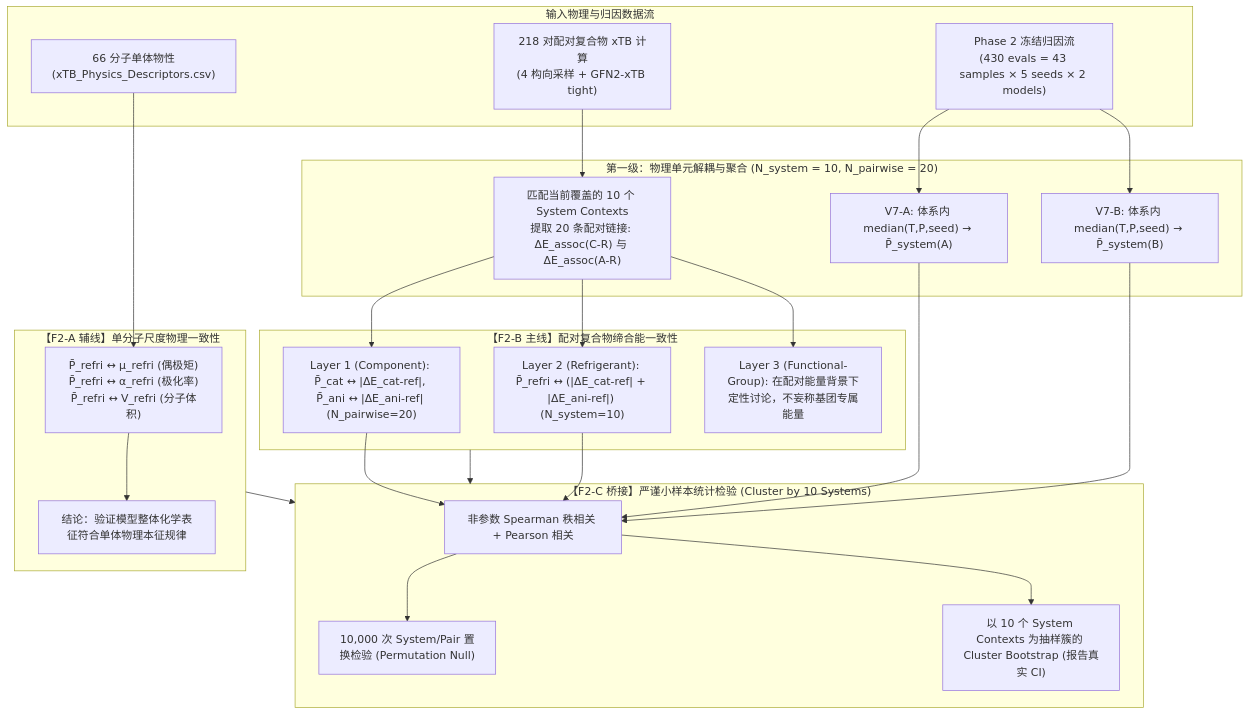
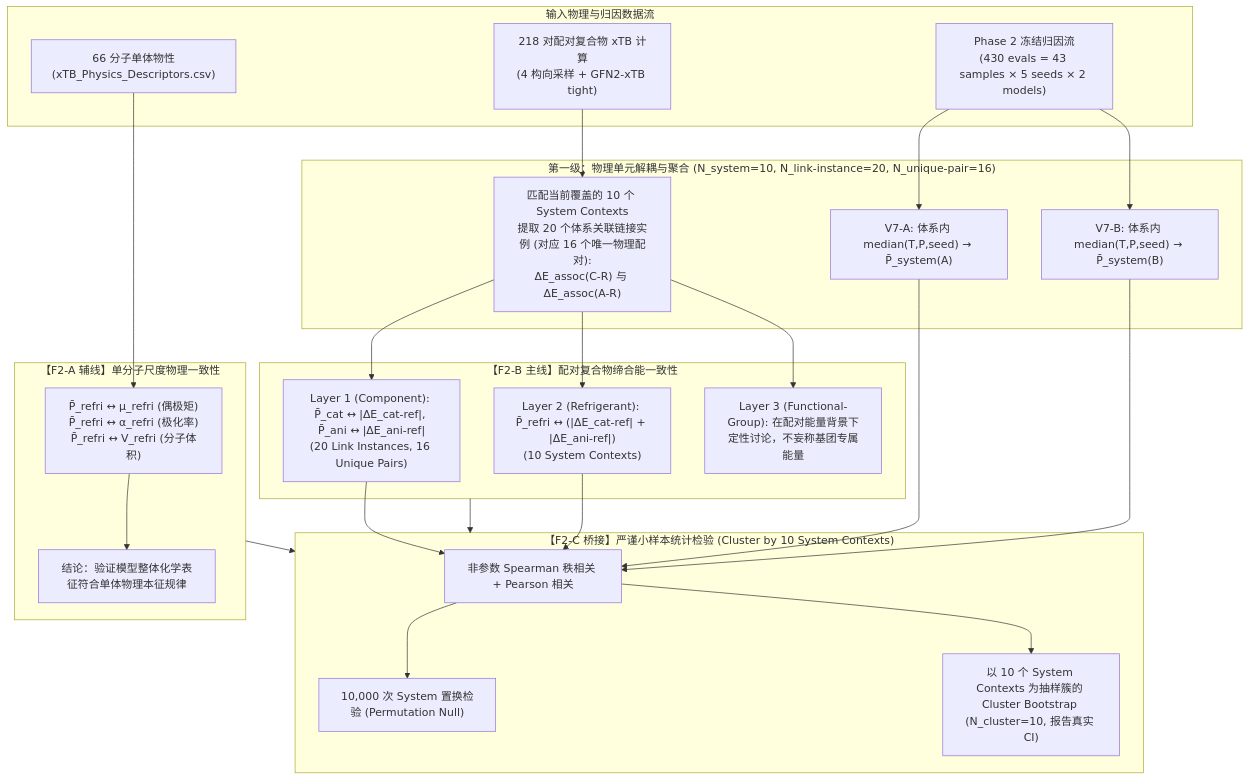
The diagram in F2_Physical_Alignment_Design_Protocol.md (badaozhiwei-cmyk/GNN), drawn with Mermaid before and after one commit. The commit also changed other lines of this file and 2 other files, not shown here.

Commit message:
docs(f2): formalize 10 systems, 20 link instances, 16 unique pair identities, and clean legacy comments

````diff
--- a/F2_Physical_Alignment_Design_Protocol.md
+++ b/F2_Physical_Alignment_Design_Protocol.md
@@ -112,34 +152,34 @@
 ```mermaid
 flowchart TD
     subgraph InputData ["输入物理与归因数据流"]
         A1["66 分子单体物性<br>(xTB_Physics_Descriptors.csv)"]
         B1["218 对配对复合物 xTB 计算<br>(4 构向采样 + GFN2-xTB tight)"]
         C1["Phase 2 冻结归因流<br>(430 evals = 43 samples × 5 seeds × 2 models)"]
     end
 
-    subgraph Aggregation ["第一级：物理单元解耦与聚合 (N_system = 10, N_pairwise = 20)"]
+    subgraph Aggregation ["第一级：物理单元解耦与聚合 (N_system=10, N_link-instance=20, N_unique-pair=16)"]
         C1 --> C2A["V7-A: 体系内 median(T,P,seed) → P̄_system(A)"]
         C1 --> C2B["V7-B: 体系内 median(T,P,seed) → P̄_system(B)"]
-        B1 --> B2["匹配当前覆盖的 10 个 System Contexts<br>提取 20 条配对链接: ΔE_assoc(C-R) 与 ΔE_assoc(A-R)"]
+        B1 --> B2["匹配当前覆盖的 10 个 System Contexts<br>提取 20 个体系关联链接实例 (对应 16 个唯一物理配对):<br>ΔE_assoc(C-R) 与 ΔE_assoc(A-R)"]
     end
 
     subgraph F2A ["【F2-A 辅线】单分子尺度物理一致性"]
         A1 --> F2A1["P̄_refri ↔ μ_refri (偶极矩)<br>P̄_refri ↔ α_refri (极化率)<br>P̄_refri ↔ V_refri (分子体积)"]
         F2A1 --> F2A2["结论：验证模型整体化学表征符合单体物理本征规律"]
     end
 
     subgraph F2B ["【F2-B 主线】配对复合物缔合能一致性"]
-        B2 --> F2B1["Layer 1 (Component): P̄_cat ↔ |ΔE_cat-ref|, P̄_ani ↔ |ΔE_ani-ref| (N_pairwise=20)"]
-        B2 --> F2B2["Layer 2 (Refrigerant): P̄_refri ↔ (|ΔE_cat-ref| + |ΔE_ani-ref|) (N_system=10)"]
+        B2 --> F2B1["Layer 1 (Component): P̄_cat ↔ |ΔE_cat-ref|, P̄_ani ↔ |ΔE_ani-ref|<br>(20 Link Instances, 16 Unique Pairs)"]
+        B2 --> F2B2["Layer 2 (Refrigerant): P̄_refri ↔ (|ΔE_cat-ref| + |ΔE_ani-ref|)<br>(10 System Contexts)"]
         B2 --> F2B3["Layer 3 (Functional-Group): 在配对能量背景下定性讨论，不妄称基团专属能量"]
     end
 
-    subgraph F2C ["【F2-C 桥接】严谨小样本统计检验 (Cluster by 10 Systems)"]
+    subgraph F2C ["【F2-C 桥接】严谨小样本统计检验 (Cluster by 10 System Contexts)"]
         C2A & C2B & F2B1 & F2B2 --> F2C1["非参数 Spearman 秩相关 + Pearson 相关"]
-        F2C1 --> F2C2["10,000 次 System/Pair 置换检验 (Permutation Null)"]
-        F2C1 --> F2C3["以 10 个 System Contexts 为抽样簇的 Cluster Bootstrap (报告真实 CI)"]
+        F2C1 --> F2C2["10,000 次 System 置换检验 (Permutation Null)"]
+        F2C1 --> F2C3["以 10 个 System Contexts 为抽样簇的 Cluster Bootstrap (N_cluster=10, 报告真实 CI)"]
     end
 
     F2A --> F2C
     F2B --> F2C
 ```
````
